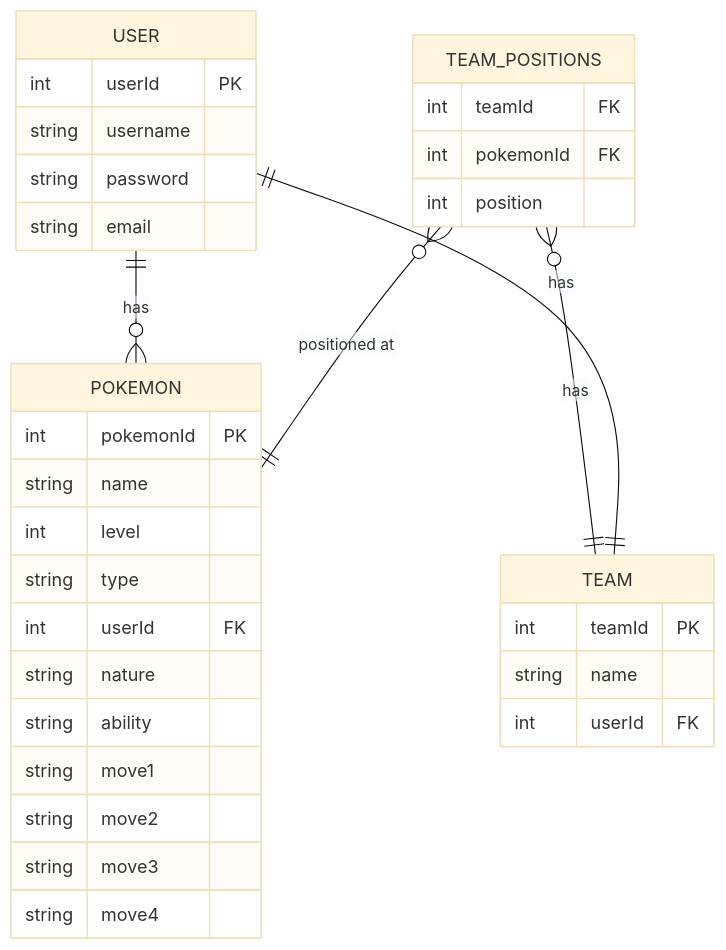
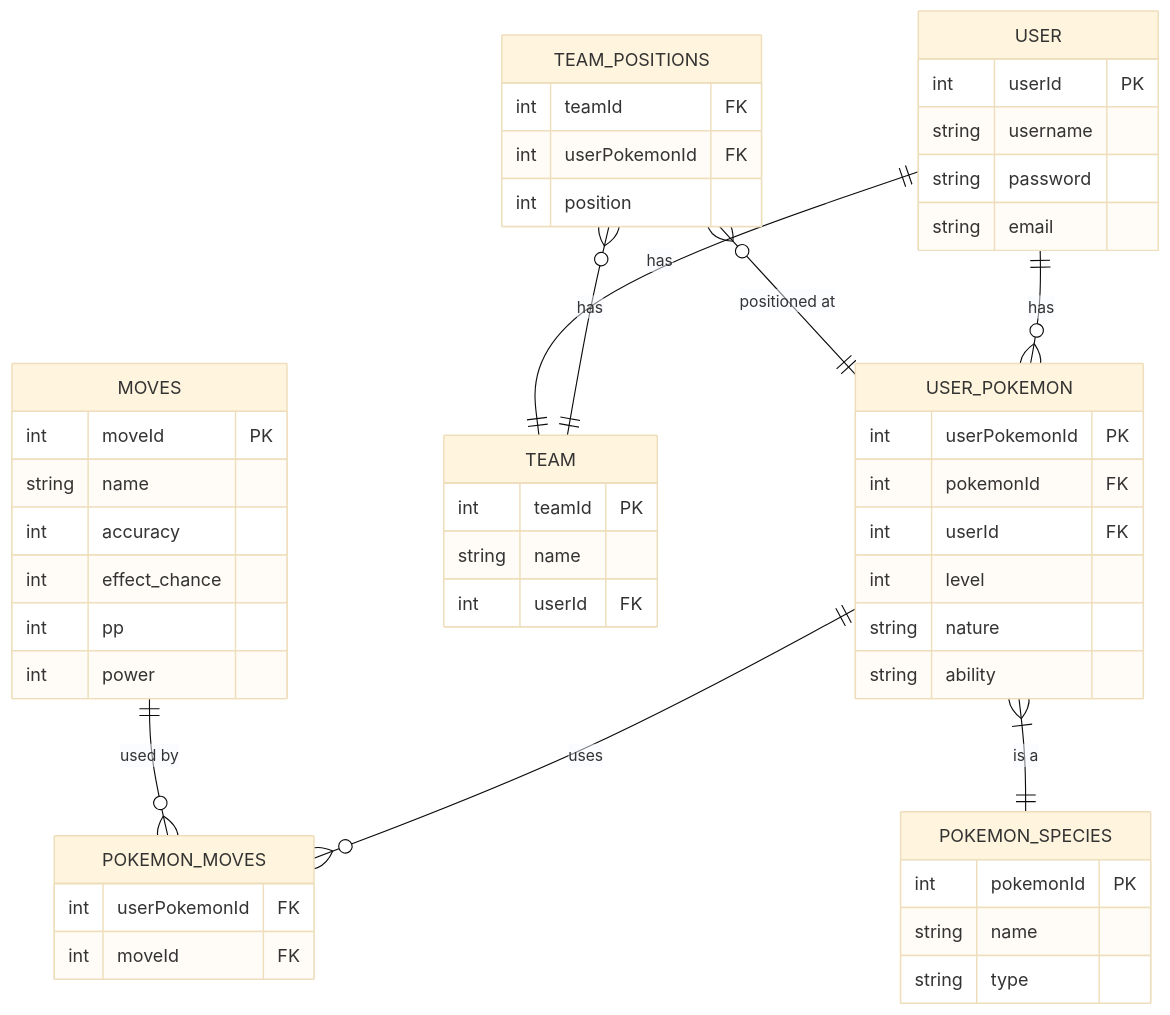
The diagram in erd.mermaid (tjklint/PokePC), drawn with Mermaid (base theme) before and after one commit.

Commit message:
Added tables.

```diff
--- a/erd.mermaid
+++ b/erd.mermaid
@@ -1,34 +1,56 @@
 erDiagram
-    USER ||--o{ POKEMON : "has"
+    USER ||--o{ USER_POKEMON : "has"
     TEAM_POSITIONS o{--|| TEAM: "has"
-    TEAM_POSITIONS o{--|| POKEMON: "positioned at"
+    TEAM_POSITIONS o{--|| USER_POKEMON: "positioned at"
     USER||--|| TEAM:"has"
+    USER_POKEMON ||--o{ POKEMON_MOVES : "uses"
+    MOVES ||--o{ POKEMON_MOVES : "used by"
+    USER_POKEMON }|--|| POKEMON_SPECIES : "is a"
+
     USER {
         int userId PK
         string username
         string password
         string email
     }
-    POKEMON {
+
+    POKEMON_SPECIES {
         int pokemonId PK
         string name
+        string type
+    }
+
+    USER_POKEMON {
+        int userPokemonId PK
+        int pokemonId FK
+        int userId FK
         int level
-        string type
-        int userId FK
         string nature
         string ability
-        string move1
-        string move2
-        string move3
-        string move4
     }
+
     TEAM {
         int teamId PK
         string name
         int userId FK
     }
+
     TEAM_POSITIONS {
         int teamId FK
-        int pokemonId FK
+        int userPokemonId FK
         int position
     }
+
+    MOVES {
+        int moveId PK
+        string name 
+        int accuracy
+        int effect_chance
+        int pp   
+        int power
+    }
+
+    POKEMON_MOVES {
+        int userPokemonId FK
+        int moveId FK
+    }
```
